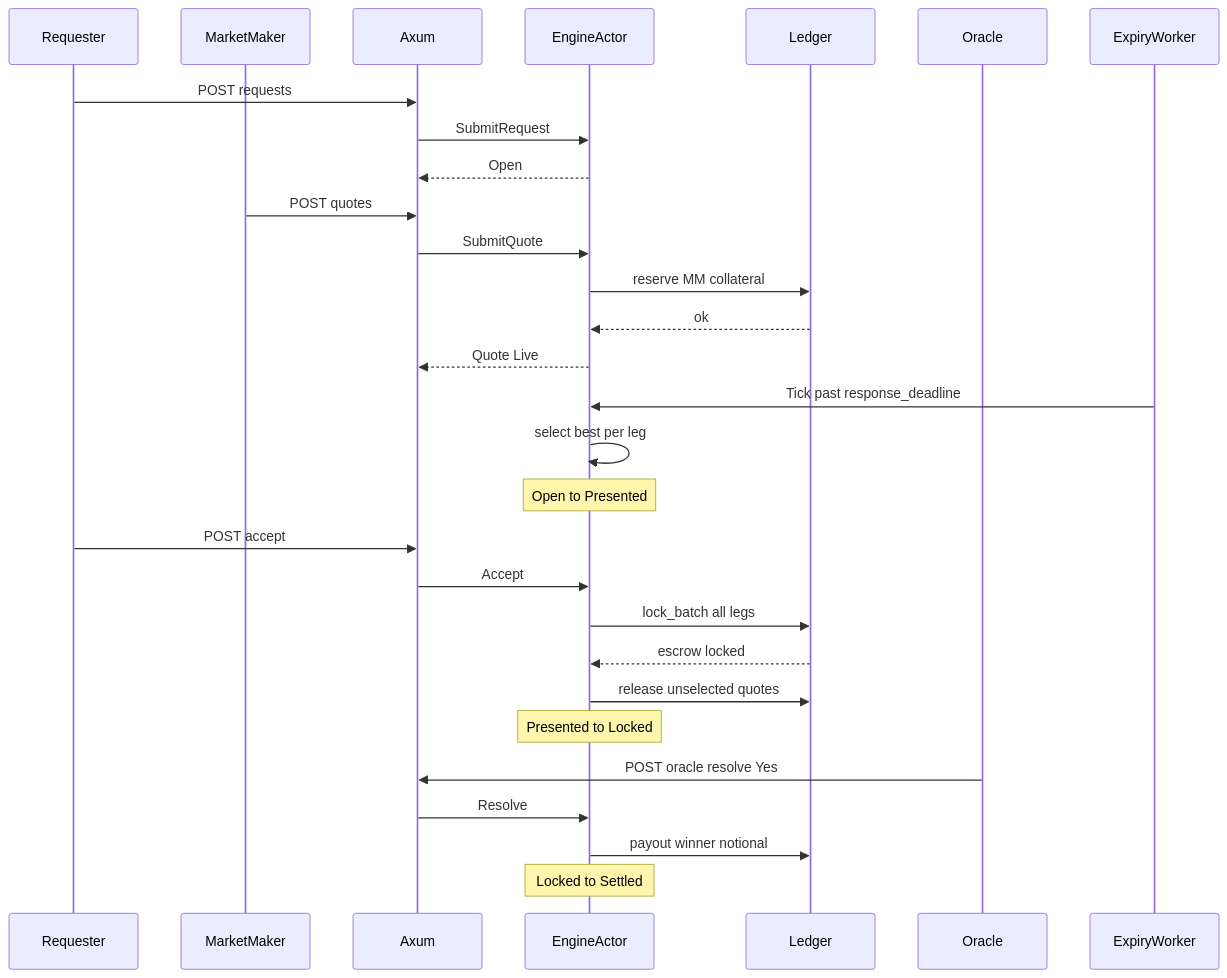
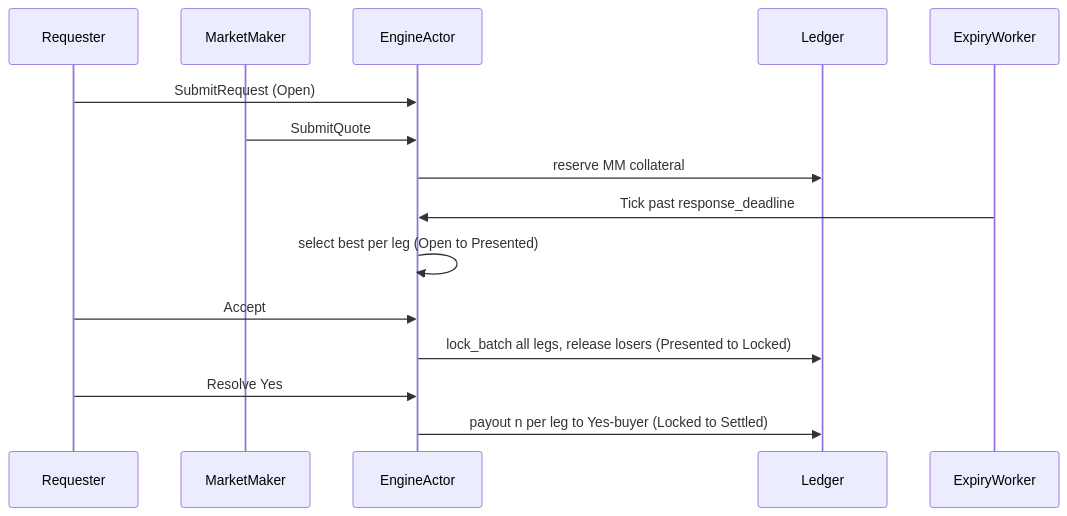
The third of 7 diagrams in docs/ARCHITECTURE.md (SwineCoder101/rfq-matching-settlement-engine), drawn with Mermaid before and after one commit. The commit also changed other lines of this file and 41 other files, not shown here.

````diff
--- a/docs/ARCHITECTURE.md
+++ b/docs/ARCHITECTURE.md
@@ -102,36 +71,18 @@
 ```mermaid
 sequenceDiagram
     participant Req as Requester
     participant MM as MarketMaker
-    participant Api as Axum
     participant Eng as EngineActor
     participant Led as Ledger
-    participant Ora as Oracle
     participant Tick as ExpiryWorker
 
-    Req->>Api: POST requests
-    Api->>Eng: SubmitRequest
-    Eng-->>Api: Open
-
-    MM->>Api: POST quotes
-    Api->>Eng: SubmitQuote
+    Req->>Eng: SubmitRequest (Open)
+    MM->>Eng: SubmitQuote
     Eng->>Led: reserve MM collateral
-    Led-->>Eng: ok
-    Eng-->>Api: Quote Live
-
     Tick->>Eng: Tick past response_deadline
-    Eng->>Eng: select best per leg
-    Note over Eng: Open to Presented
-
-    Req->>Api: POST accept
-    Api->>Eng: Accept
-    Eng->>Led: lock_batch all legs
-    Led-->>Eng: escrow locked
-    Eng->>Led: release unselected quotes
-    Note over Eng: Presented to Locked
-
-    Ora->>Api: POST oracle resolve Yes
-    Api->>Eng: Resolve
-    Eng->>Led: payout winner notional
-    Note over Eng: Locked to Settled
+    Eng->>Eng: select best per leg (Open to Presented)
+    Req->>Eng: Accept
+    Eng->>Led: lock_batch all legs, release losers (Presented to Locked)
+    Req->>Eng: Resolve Yes
+    Eng->>Led: payout n per leg to Yes-buyer (Locked to Settled)
 ```
````
